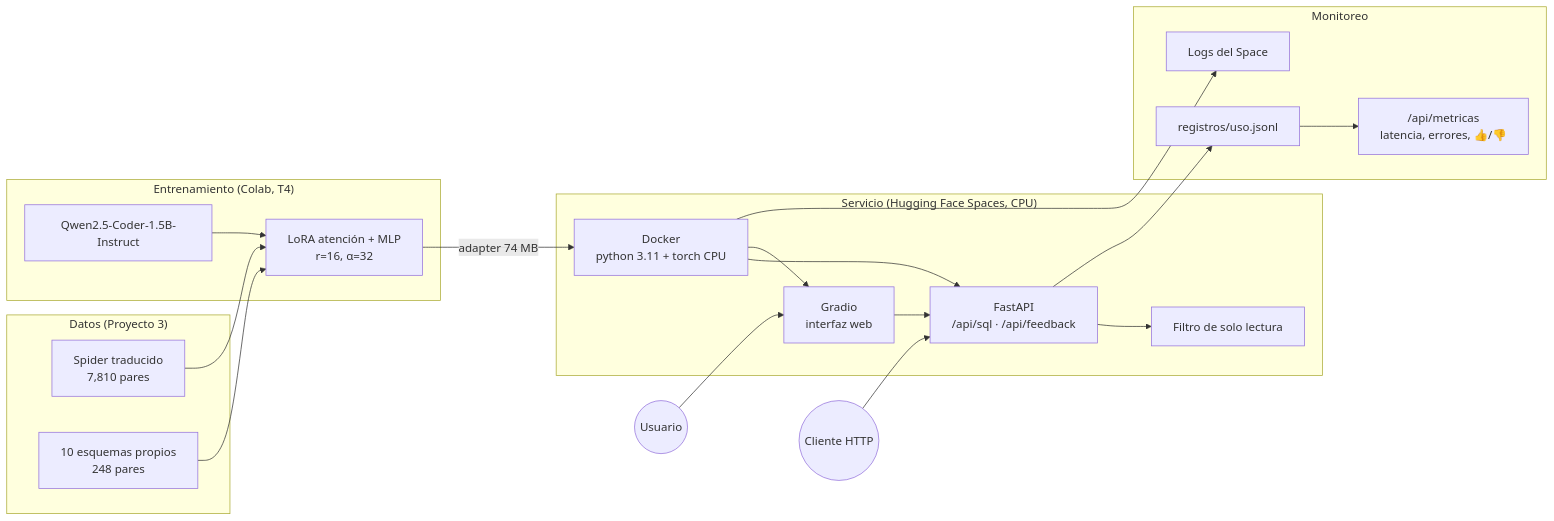
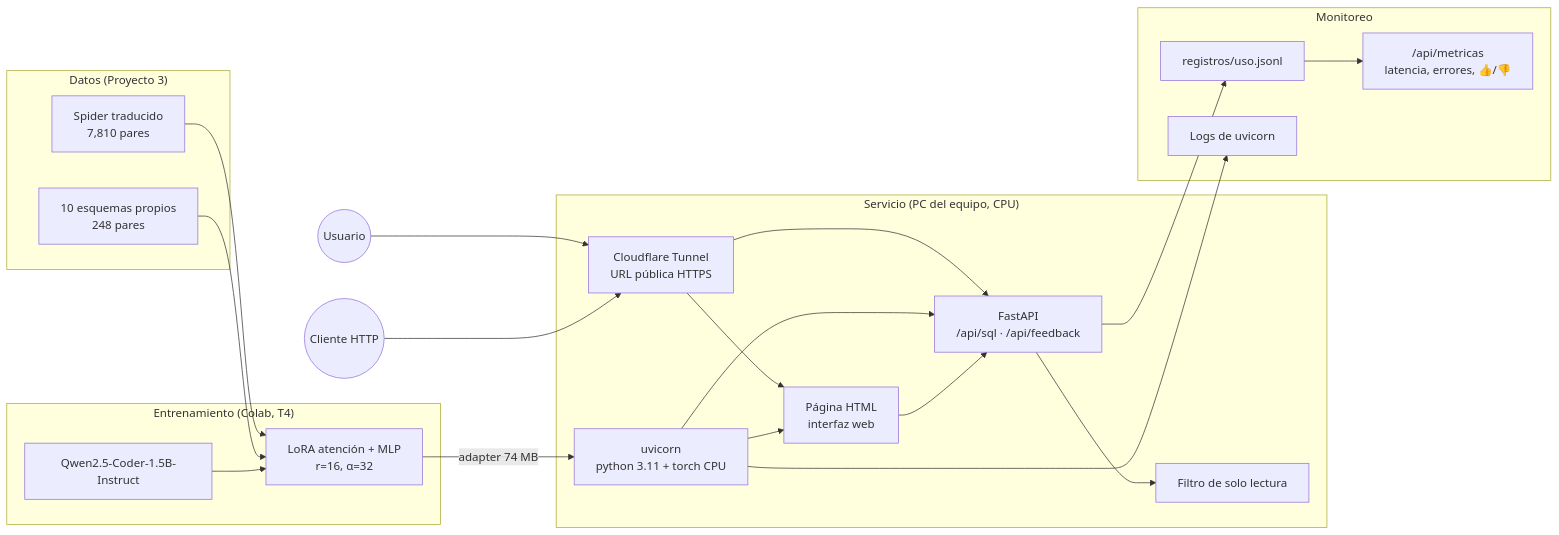
One commit to dannyrmrz/ProyectoFinal-DeepLearning changed the diagram in docs/arquitectura.md. Above: the diagram before and after it, drawn with Mermaid. The commit also changed other lines of this file and 1 other file, not shown here.

Commit message:
Documentar el despliegue con Cloudflare Tunnel

````diff
--- a/docs/arquitectura.md
+++ b/docs/arquitectura.md
@@ -3,30 +3,31 @@
 ```mermaid
 flowchart LR
     subgraph Datos["Datos (Proyecto 3)"]
         D1[Spider traducido<br/>7,810 pares]
         D2[10 esquemas propios<br/>248 pares]
     end
     subgraph Entrenamiento["Entrenamiento (Colab, T4)"]
         E1[Qwen2.5-Coder-1.5B-Instruct]
         E2[LoRA atención + MLP<br/>r=16, α=32]
     end
-    subgraph Servicio["Servicio (Hugging Face Spaces, CPU)"]
-        S1[Docker<br/>python 3.11 + torch CPU]
+    subgraph Servicio["Servicio (PC del equipo, CPU)"]
+        S1[uvicorn<br/>python 3.11 + torch CPU]
         S2[FastAPI<br/>/api/sql · /api/feedback]
-        S3[Gradio<br/>interfaz web]
+        S3[Página HTML<br/>interfaz web]
+        T[Cloudflare Tunnel<br/>URL pública HTTPS]
         S4[Filtro de solo lectura]
     end
     subgraph Monitoreo
         M1[registros/uso.jsonl]
         M2["/api/metricas<br/>latencia, errores, 👍/👎"]
-        M3[Logs del Space]
+        M3[Logs de uvicorn]
     end
-    U((Usuario)) --> S3
-    C((Cliente HTTP)) --> S2
+    U((Usuario)) --> T --> S3
+    C((Cliente HTTP)) --> T --> S2
     D1 & D2 --> E2
     E1 --> E2 -->|adapter 74 MB| S1
     S1 --> S2 & S3
     S3 --> S2 --> S4
     S2 --> M1 --> M2
     S1 --> M3
 ```
````
